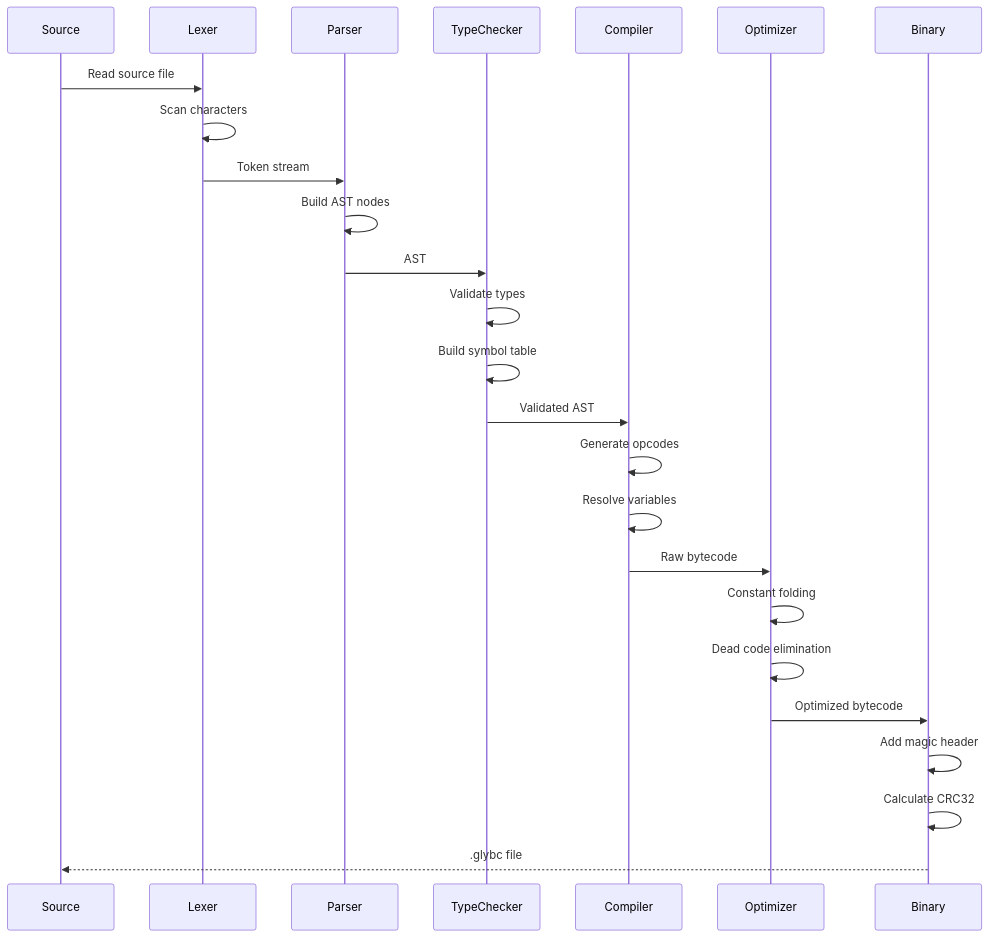
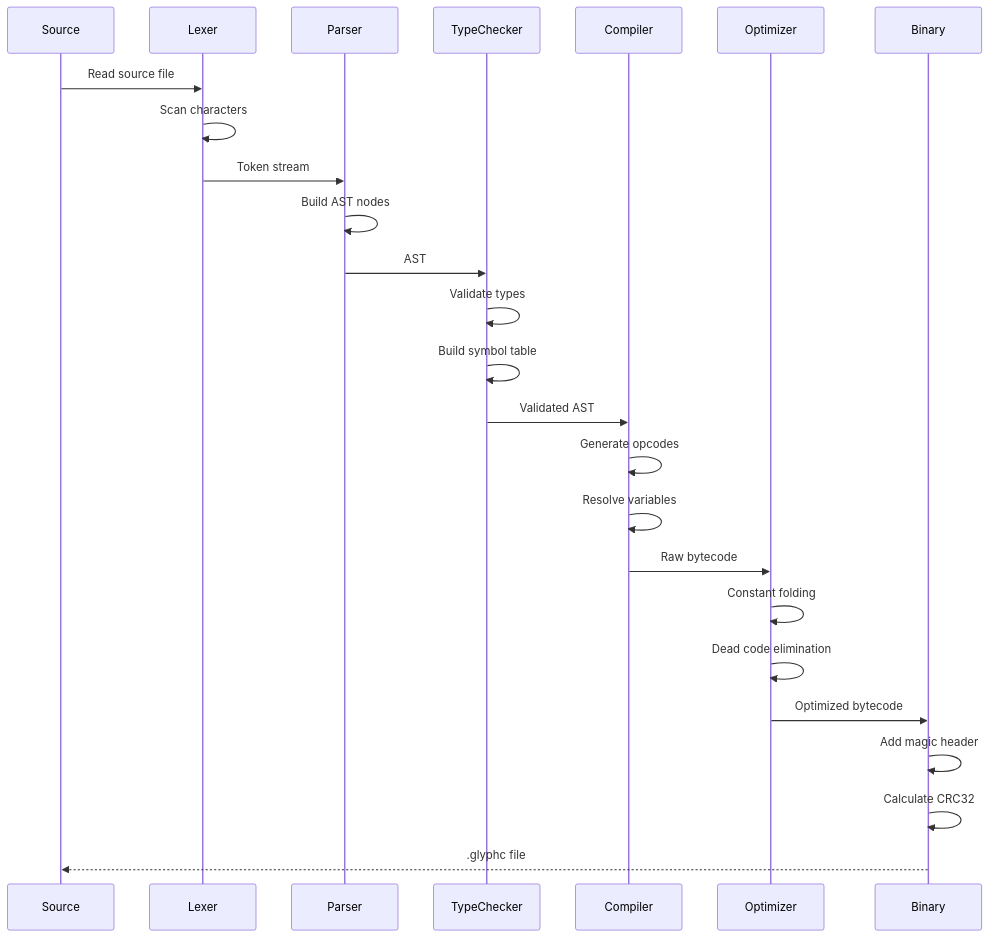
One commit to GlyphLang/GlyphLang changed the third of 22 diagrams in docs/ARCHITECTURE_DESIGN.md. Above: the diagram before and after it, drawn with Mermaid. The commit also changed other lines of this file and 6 other files, not shown here.

First line of the commit message:
Rename compiled bytecode extension from .glybc to .glyphc

````diff
--- a/docs/ARCHITECTURE_DESIGN.md
+++ b/docs/ARCHITECTURE_DESIGN.md
@@ -140,28 +140,28 @@
 ```mermaid
 sequenceDiagram
     participant S as Source
     participant L as Lexer
     participant P as Parser
     participant T as TypeChecker
     participant C as Compiler
     participant O as Optimizer
     participant B as Binary
 
     S->>L: Read source file
     L->>L: Scan characters
     L->>P: Token stream
     P->>P: Build AST nodes
     P->>T: AST
     T->>T: Validate types
     T->>T: Build symbol table
     T->>C: Validated AST
     C->>C: Generate opcodes
     C->>C: Resolve variables
     C->>O: Raw bytecode
     O->>O: Constant folding
     O->>O: Dead code elimination
     O->>B: Optimized bytecode
     B->>B: Add magic header
     B->>B: Calculate CRC32
-    B-->>S: .glybc file
+    B-->>S: .glyphc file
 ```
````
